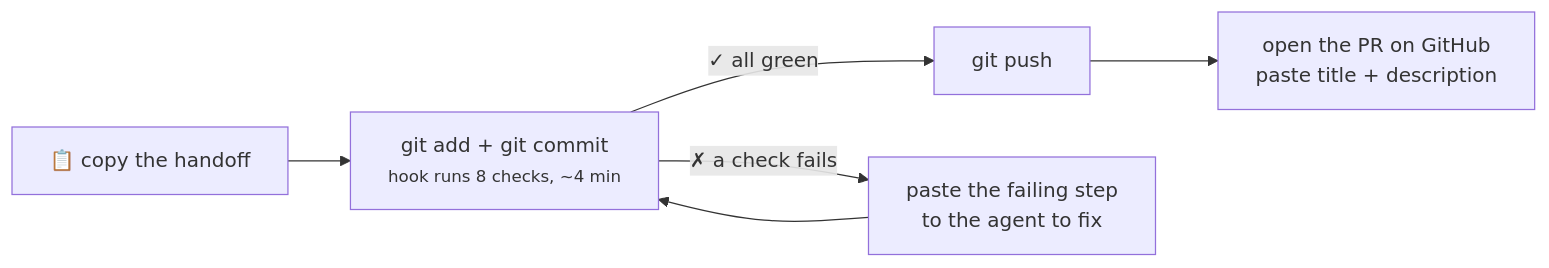
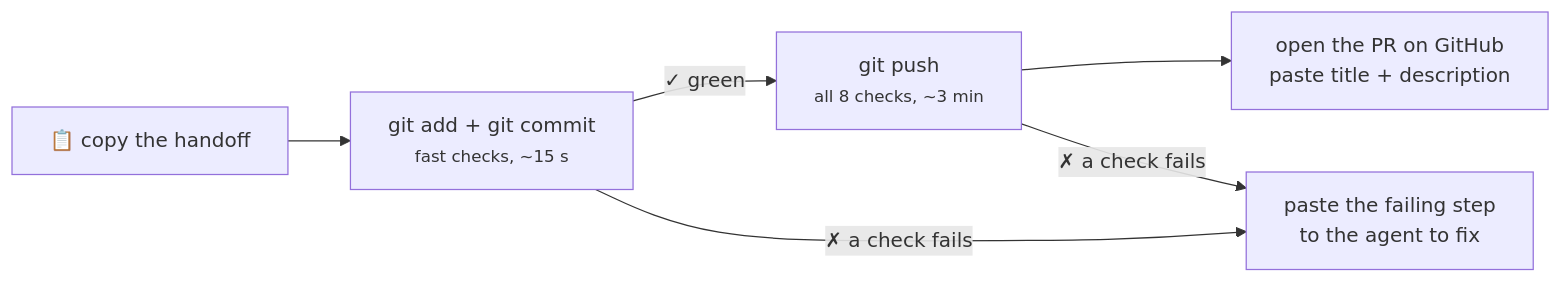
One commit to jaybecina/ethergrove-chronicles changed the sixth of 6 diagrams in docs/agent-workflow.md. Above: the diagram before and after it, drawn with Mermaid. The commit also changed other lines of this file and 13 other files, not shown here.

First line of the commit message:
build(checks): fast pre-commit gate, full suite on pre-push

````diff
--- a/docs/agent-workflow.md
+++ b/docs/agent-workflow.md
@@ -240,6 +240,7 @@
 ```mermaid
 flowchart LR
-  h["📋 copy the handoff"] --> c["git add + git commit<br/><small>hook runs 8 checks, ~4 min</small>"]
-  c -->|"✓ all green"| p["git push"] --> pr["open the PR on GitHub<br/>paste title + description"]
-  c -->|"✗ a check fails"| fix["paste the failing step<br/>to the agent to fix"] --> c
+  h["📋 copy the handoff"] --> c["git add + git commit<br/><small>fast checks, ~15 s</small>"]
+  c -->|"✓ green"| p["git push<br/><small>all 8 checks, ~3 min</small>"] --> pr["open the PR on GitHub<br/>paste title + description"]
+  c -->|"✗ a check fails"| fix["paste the failing step<br/>to the agent to fix"]
+  p -->|"✗ a check fails"| fix
 ```
````
